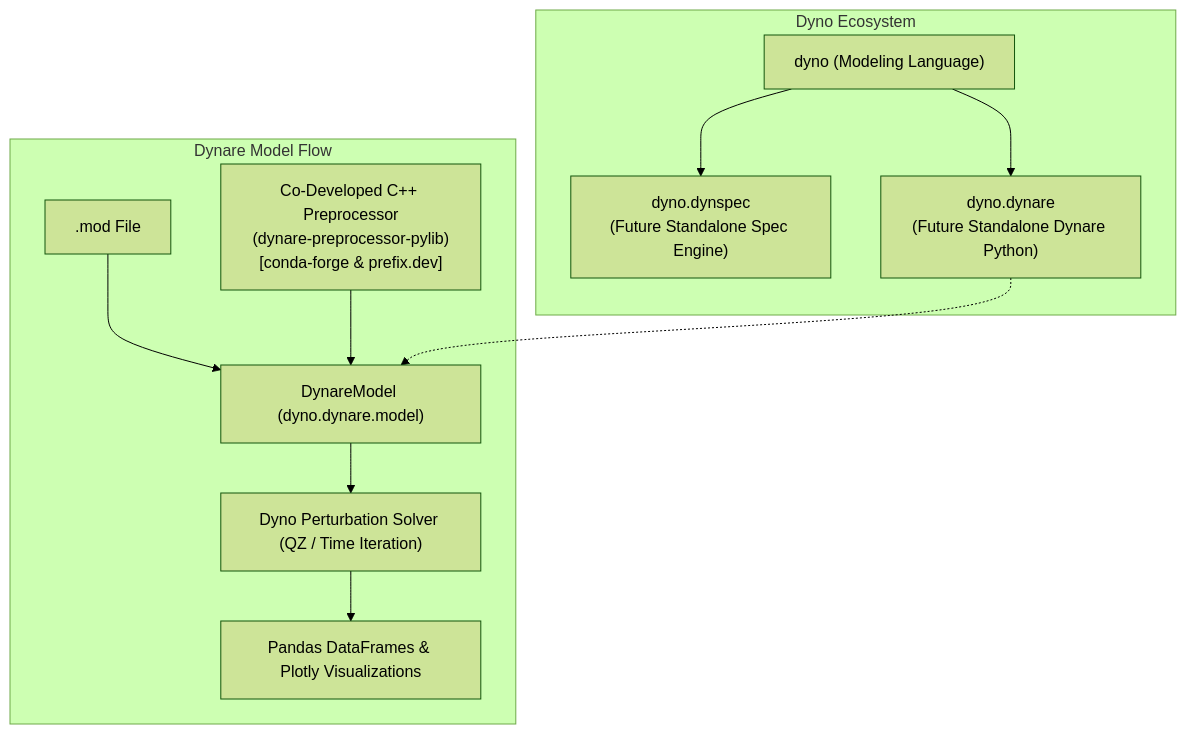
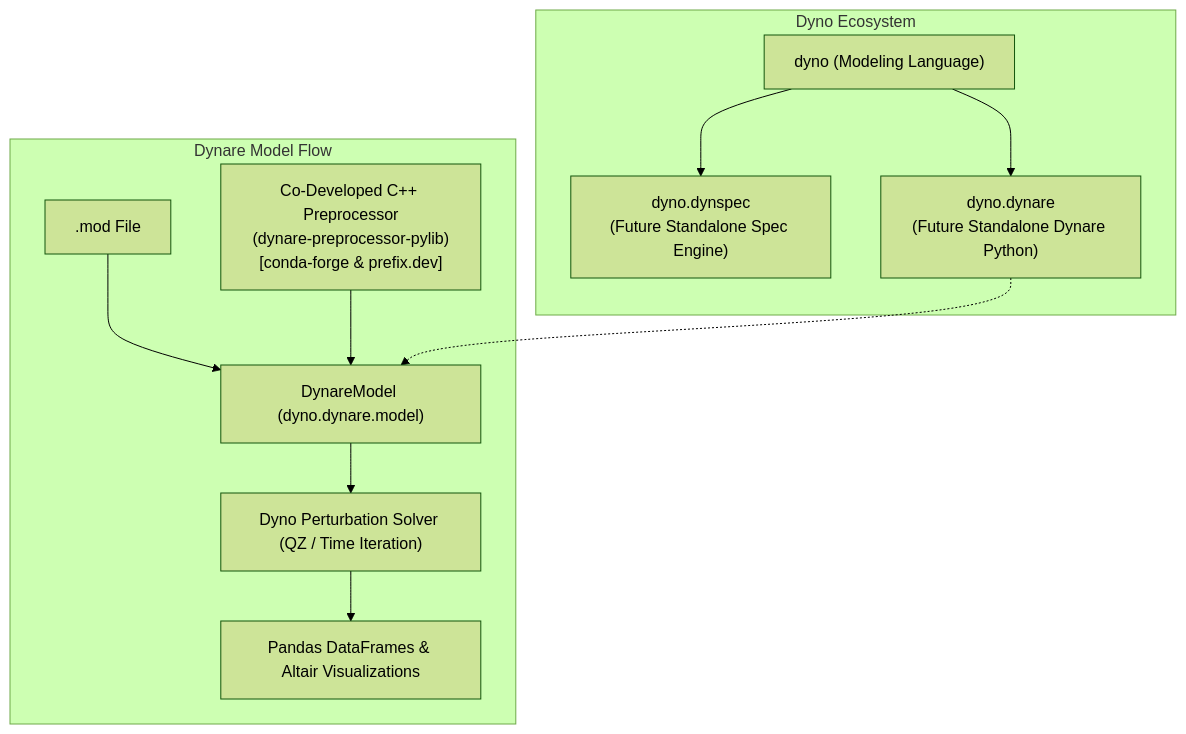
One commit to EconForge/dyno.py changed the diagram in docs/dynare/index.md. Above: the diagram before and after it, drawn with Mermaid (forest theme). The commit also changed other lines of this file and 17 other files, not shown here.

First line of the commit message:
Remove plotly; make Altair the single interactive plotting engine

````diff
--- a/docs/dynare/index.md
+++ b/docs/dynare/index.md
@@ -21,19 +21,19 @@
 ```mermaid
 graph TD
     subgraph "Dyno Ecosystem"
         DYNO["dyno (Modeling Language)"]
         DYNSPEC["dyno.dynspec<br/>(Future Standalone Spec Engine)"]
         DYNARE["dyno.dynare<br/>(Future Standalone Dynare Python)"]
     end
 
     subgraph "Dynare Model Flow"
         MOD[".mod File"] --> DM["DynareModel (dyno.dynare.model)"]
         CPP["Co-Developed C++ Preprocessor<br/>(dynare-preprocessor-pylib)<br/>[conda-forge & prefix.dev]"] --> DM
         DM --> SOLVE["Dyno Perturbation Solver (QZ / Time Iteration)"]
-        SOLVE --> OUT["Pandas DataFrames & Plotly Visualizations"]
+        SOLVE --> OUT["Pandas DataFrames & Altair Visualizations"]
     end
 
     DYNARE -.-> DM
     DYNO --> DYNARE
     DYNO --> DYNSPEC
 ```
````
